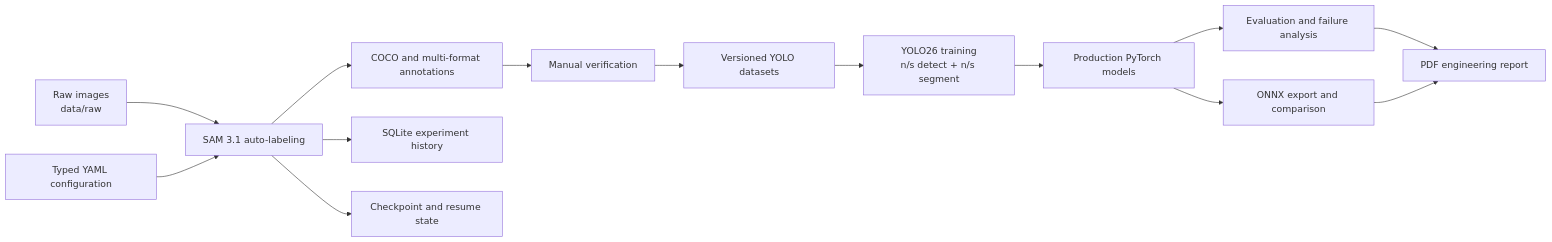
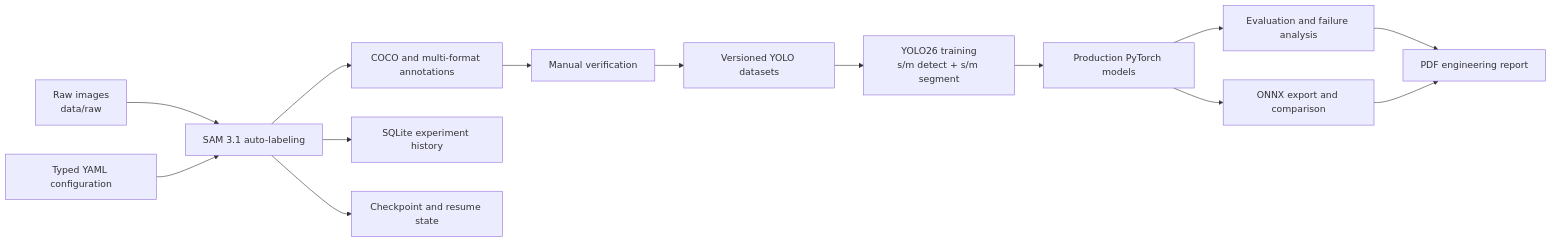
One commit to Telotubbies/auto_label changed the diagram in README.md. Above: the diagram before and after it, drawn with Mermaid. The commit also changed other lines of this file and 255 other files, not shown here.

````diff
--- a/README.md
+++ b/README.md
@@ -42,16 +42,16 @@
 ```mermaid
 flowchart LR
     A[Raw images<br/>data/raw] --> B[SAM 3.1 auto-labeling]
     C[Typed YAML configuration] --> B
     B --> D[COCO and multi-format annotations]
     B --> E[SQLite experiment history]
     B --> F[Checkpoint and resume state]
     D --> G[Manual verification]
     G --> H[Versioned YOLO datasets]
-    H --> I[YOLO26 training<br/>n/s detect + n/s segment]
+    H --> I[YOLO26 training<br/>s/m detect + s/m segment]
     I --> J[Production PyTorch models]
     J --> K[Evaluation and failure analysis]
     J --> L[ONNX export and comparison]
     K --> M[PDF engineering report]
     L --> M
 ```
````
